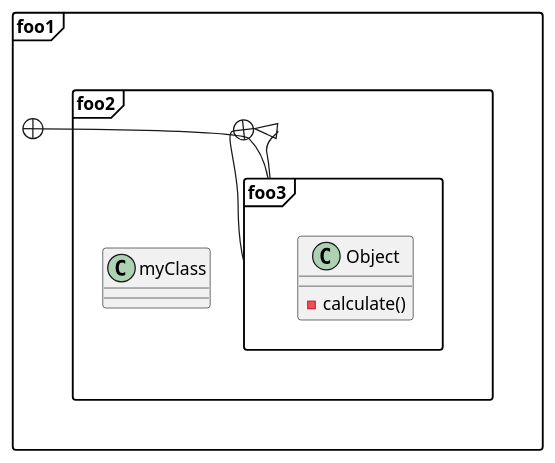
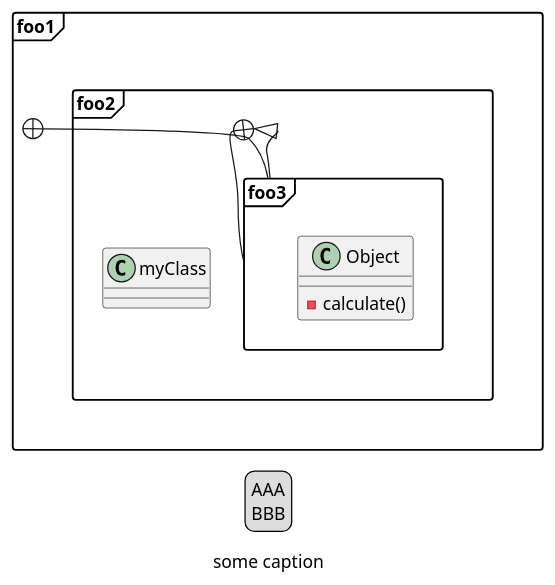
Before and after one commit to yasenstar/PlantUML_in_Action: the diagram in 03_class_diagram/03.21-03.30/03_22-3.puml, drawn with PlantUML. The commit also changed 2 other files, not shown here.

```diff
--- a/03_class_diagram/03.21-03.30/03_22-3.puml
+++ b/03_class_diagram/03.21-03.30/03_22-3.puml
@@ -1,18 +1,23 @@
 @startuml
+caption some caption
+legend
+AAA
+BBB
+end legend
 skinparam PackageStyle frame
 
 namespace foo1.foo2 {
     class myClass {}
 }
 
 package foo1.foo2.foo3 {
     class Object {
         - calculate()
     }
 }
 
 foo1.foo2 +-- foo1.foo2.foo3
 foo1 +-- foo1.foo2.foo3
 foo2 <|-- foo3
 
 @enduml
```
